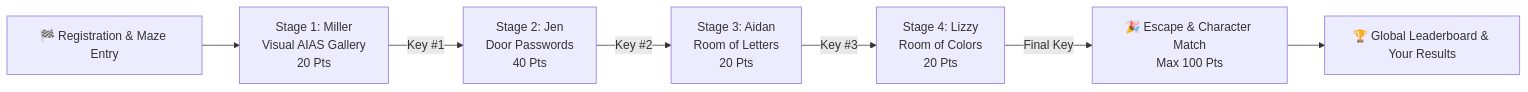
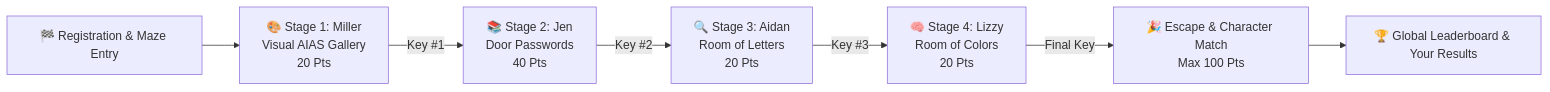
The diagram in README.md (fazrigading/MilleRace), drawn with Mermaid before and after one commit. The commit also changed other lines of this file, not shown here.

````diff
--- a/README.md
+++ b/README.md
@@ -68,9 +84,9 @@
 ```mermaid
 flowchart LR
-    A[🏁 Registration & Maze Entry] --> B[Stage 1: Miller<br/>Visual AIAS Gallery<br/>20 Pts]
-    B -->|Key #1| C[Stage 2: Jen<br/>Door Passwords<br/>40 Pts]
-    C -->|Key #2| D[Stage 3: Aidan<br/>Room of Letters<br/>20 Pts]
-    D -->|Key #3| E[Stage 4: Lizzy<br/>Room of Colors<br/>20 Pts]
+    A[🏁 Registration & Maze Entry] --> B[🎨 Stage 1: Miller<br/>Visual AIAS Gallery<br/>20 Pts]
+    B -->|Key #1| C[📚 Stage 2: Jen<br/>Door Passwords<br/>40 Pts]
+    C -->|Key #2| D[🔍 Stage 3: Aidan<br/>Room of Letters<br/>20 Pts]
+    D -->|Key #3| E[🧠 Stage 4: Lizzy<br/>Room of Colors<br/>20 Pts]
     E -->|Final Key| F[🎉 Escape & Character Match<br/>Max 100 Pts]
     F --> G[🏆 Global Leaderboard & Your Results]
 ```
````
